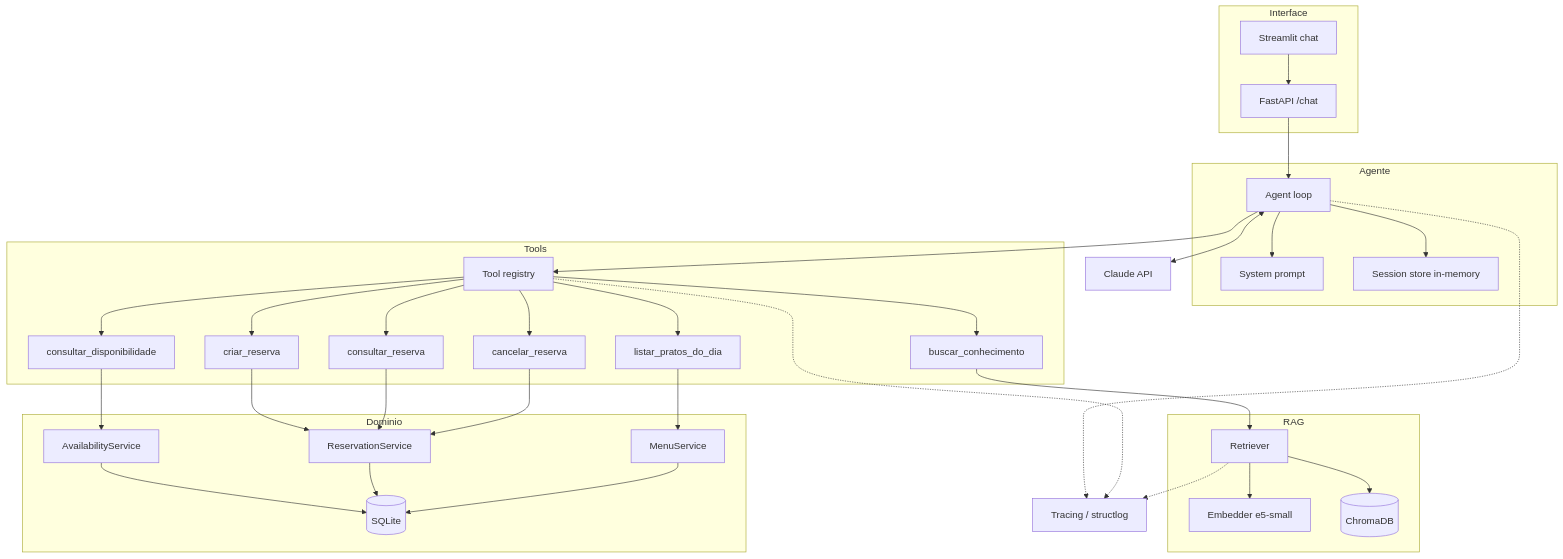
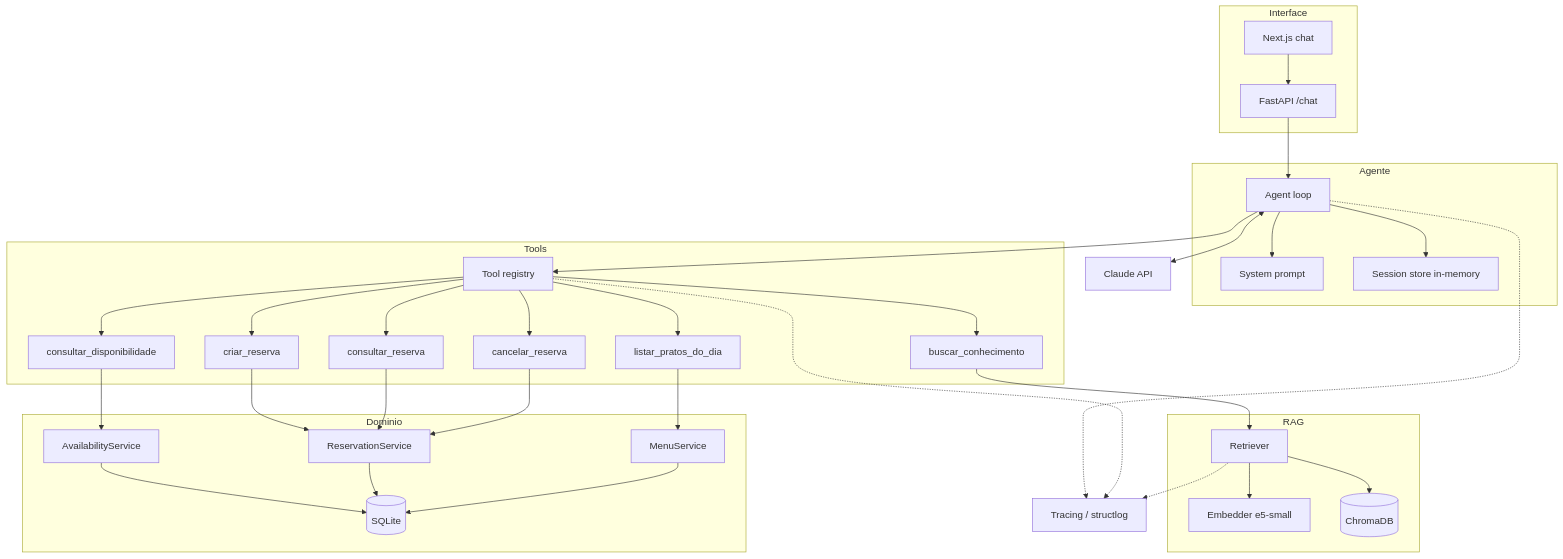
Before and after one commit to gianlucaflaydner/mesa-certa: the first of 3 diagrams in docs/SDD.md, drawn with Mermaid. The commit also changed other lines of this file and 22 other files, not shown here.

Commit message:
F5: API HTTP e front-end de chat em Next.js

````diff
--- a/docs/SDD.md
+++ b/docs/SDD.md
@@ -68,61 +68,61 @@
 ```mermaid
 graph TB
     subgraph Interface
-        UI[Streamlit chat]
+        UI[Next.js chat]
         API[FastAPI /chat]
     end
 
     subgraph Agente
         LOOP[Agent loop]
         PROMPT[System prompt]
         SESS[Session store in-memory]
     end
 
     subgraph Tools
         REG[Tool registry]
         T1[buscar_conhecimento]
         T2[consultar_disponibilidade]
         T3[criar_reserva]
         T4[consultar_reserva]
         T5[cancelar_reserva]
         T6[listar_pratos_do_dia]
     end
 
     subgraph RAG
         RET[Retriever]
         EMB[Embedder e5-small]
         CHROMA[(ChromaDB)]
     end
 
     subgraph Dominio
         AVAIL[AvailabilityService]
         RESV[ReservationService]
         MENU[MenuService]
         DB[(SQLite)]
     end
 
     OBS[Tracing / structlog]
     LLM[Claude API]
 
     UI --> API
     API --> LOOP
     LOOP <--> LLM
     LOOP --> PROMPT
     LOOP --> SESS
     LOOP --> REG
     REG --> T1 & T2 & T3 & T4 & T5 & T6
     T1 --> RET
     RET --> EMB
     RET --> CHROMA
     T2 --> AVAIL
     T3 --> RESV
     T4 --> RESV
     T5 --> RESV
     T6 --> MENU
     AVAIL --> DB
     RESV --> DB
     MENU --> DB
     LOOP -.-> OBS
     REG -.-> OBS
     RET -.-> OBS
 ```
````
